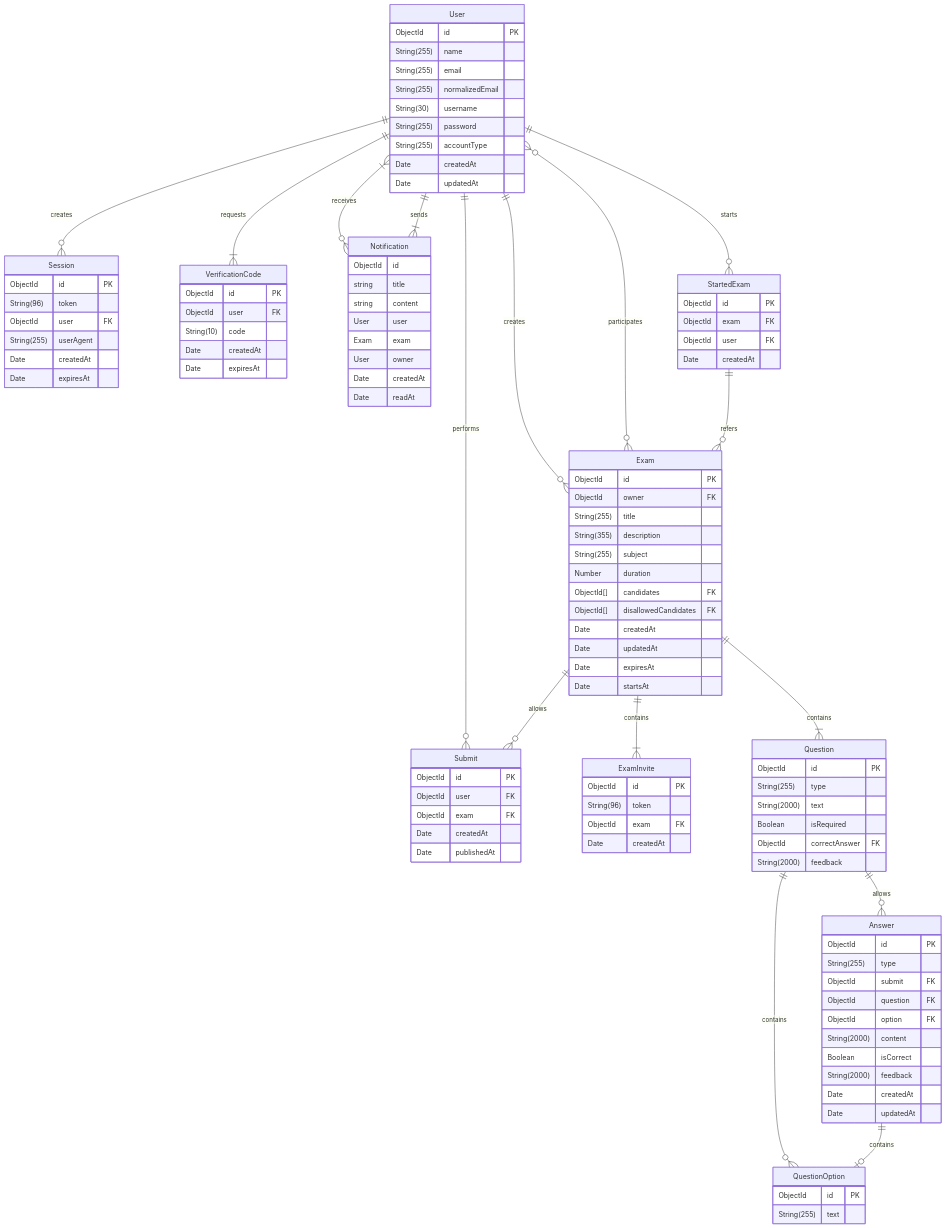
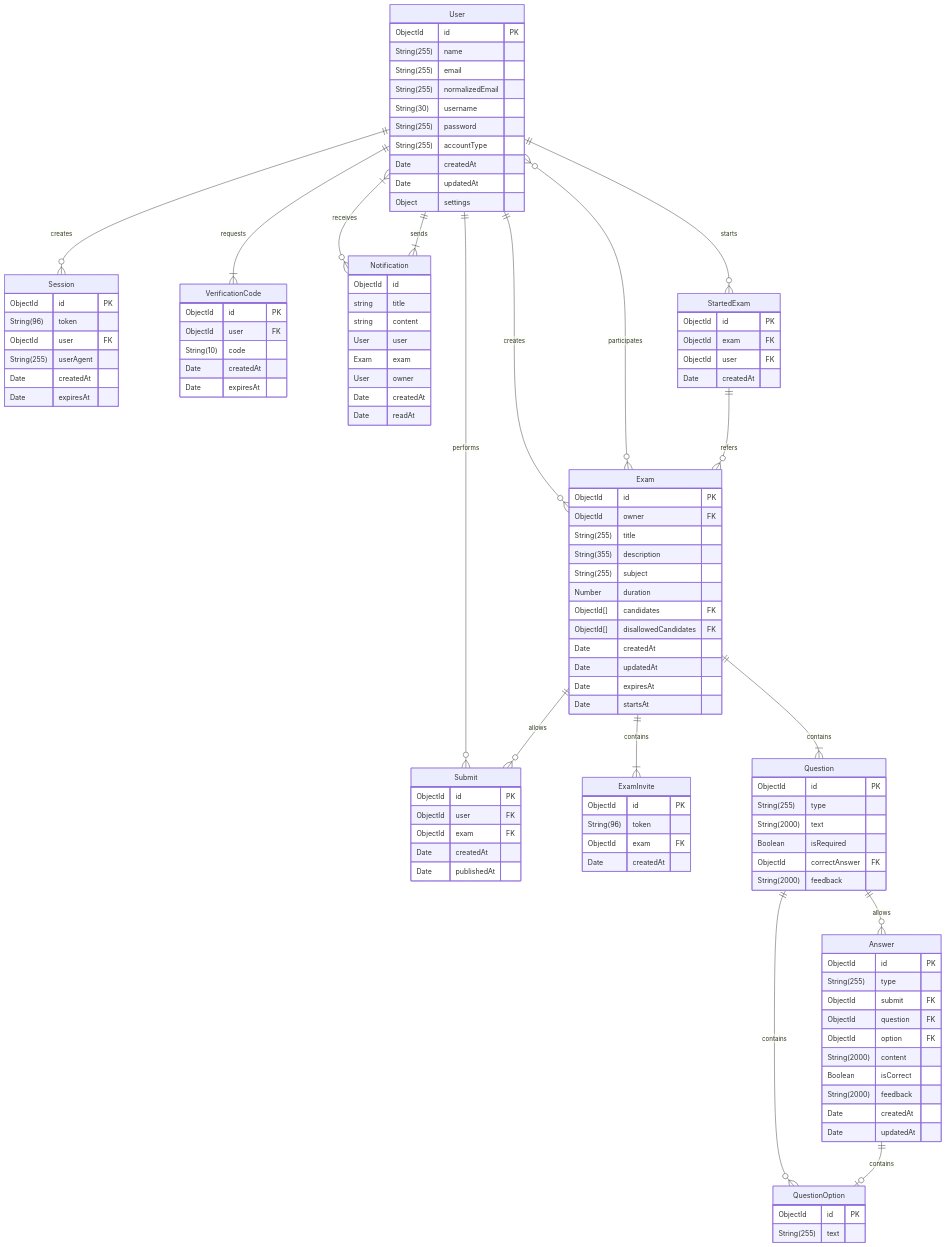
Before and after one commit to Alphka/EduAlphka: the diagram in diagram/entity-relationship-diagram.mmd, drawn with Mermaid. The commit also changed 5 other files, not shown here.

```diff
--- a/diagram/entity-relationship-diagram.mmd
+++ b/diagram/entity-relationship-diagram.mmd
@@ -1,127 +1,128 @@
 ---
 config:
     class:
         hideEmptyMembersBox: true
     theme: default
     look: classic
     layout: dagre
 ---
 erDiagram
     Session {
         ObjectId id PK
         String(96) token
         ObjectId user FK
         String(255) userAgent
         Date createdAt
         Date expiresAt
     }
 
     VerificationCode {
         ObjectId id PK
         ObjectId user FK
         String(10) code
         Date createdAt
         Date expiresAt
     }
 
     Notification {
         ObjectId id
         string title
         string content
         User user
         Exam exam
         User owner
         Date createdAt
         Date readAt
     }
 
     User {
         ObjectId id PK
         String(255) name
         String(255) email
         String(255) normalizedEmail
         String(30) username
         String(255) password
         String(255) accountType
         Date createdAt
         Date updatedAt
+        Object settings
     }
     User 1--0+ Session : creates
     User 1--1+ VerificationCode : requests
     User 1+--0+ Notification : receives
     User 1--1+ Notification : sends
     User 1--0+ Exam : creates
     User 0+--0+ Exam : participates
     User 1--0+ StartedExam : starts
     User 1--0+ Submit : performs
 
     StartedExam {
         ObjectId id PK
         ObjectId exam FK
         ObjectId user FK
         Date createdAt
     }
     StartedExam 1--0+ Exam : refers
 
     Exam {
         ObjectId id PK
         ObjectId owner FK
         String(255) title
         String(355) description
         String(255) subject
         Number duration
         ObjectId[] candidates FK
         ObjectId[] disallowedCandidates FK
         Date createdAt
         Date updatedAt
         Date expiresAt
         Date startsAt
     }
     Exam 1--1+ ExamInvite : contains
     Exam 1--1+ Question : contains
     Exam 1--0+ Submit : allows
 
     ExamInvite {
         ObjectId id PK
         String(96) token
         ObjectId exam FK
         Date createdAt
     }
 
     Question {
         ObjectId id PK
         String(255) type
         String(2000) text
         Boolean isRequired
         ObjectId correctAnswer FK
         String(2000) feedback
     }
     Question 1--0+ Answer : allows
     Question 1--0+ QuestionOption : contains
 
     QuestionOption {
         ObjectId id PK
         String(255) text
     }
 
     Answer {
         ObjectId id PK
         String(255) type
         ObjectId submit FK
         ObjectId question FK
         ObjectId option FK
         String(2000) content
         Boolean isCorrect
         String(2000) feedback
         Date createdAt
         Date updatedAt
     }
     Answer 1--zero or one QuestionOption : contains
 
     Submit {
         ObjectId id PK
         ObjectId user FK
         ObjectId exam FK
         Date createdAt
         Date publishedAt
     }
```
